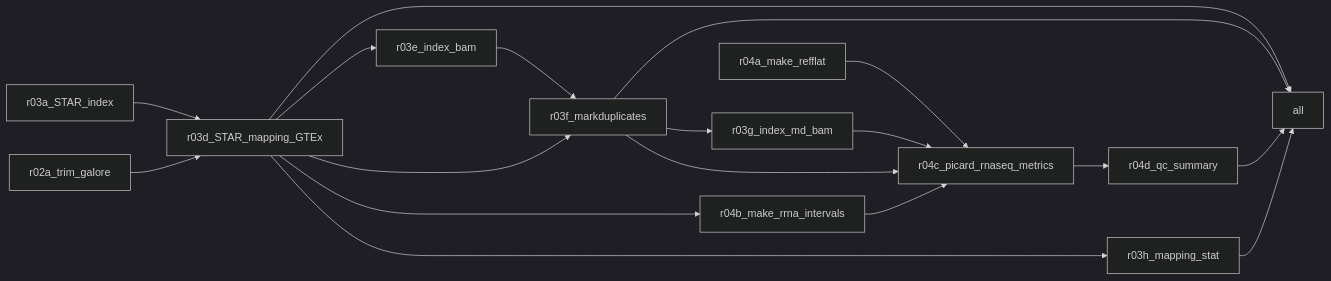
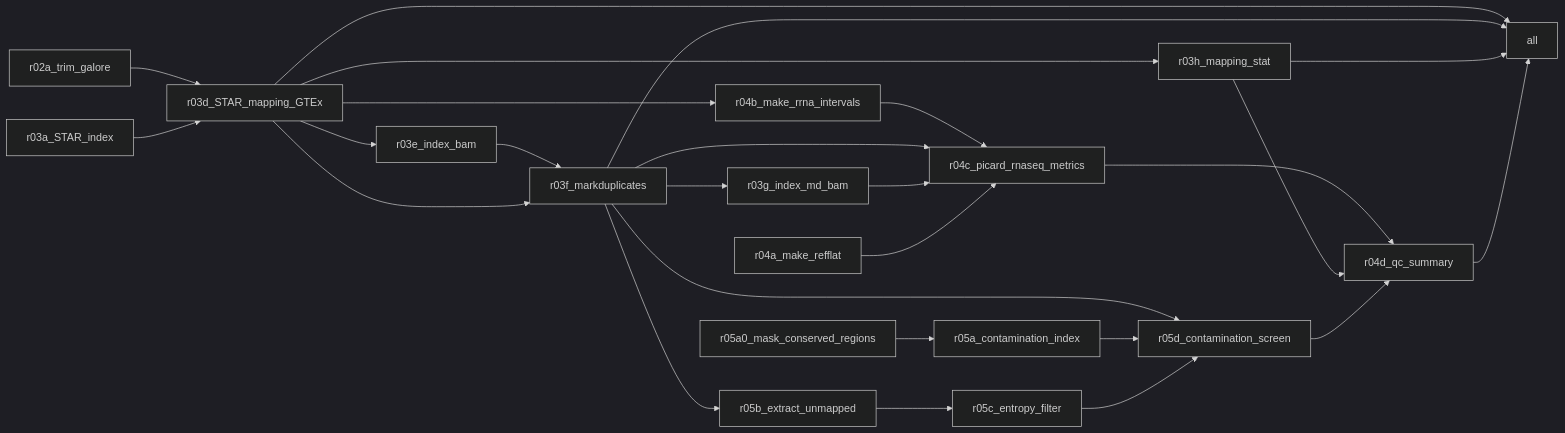
Before and after one commit to nikolayquadrat/lpb-ex-ome-presession: the second of 2 diagrams in README.md, drawn with Mermaid (dark theme). The commit also changed other lines of this file, not shown here.

````diff
--- a/README.md
+++ b/README.md
@@ -203,32 +203,45 @@
 ```mermaid
 flowchart LR
 	id0[all]
 	id1[r03f_markduplicates]
 	id2[r03d_STAR_mapping_GTEx]
 	id3[r02a_trim_galore]
 	id4[r03a_STAR_index]
 	id5[r03e_index_bam]
 	id6[r03h_mapping_stat]
 	id7[r04d_qc_summary]
 	id8[r04c_picard_rnaseq_metrics]
 	id9[r03g_index_md_bam]
 	id10[r04a_make_refflat]
 	id11[r04b_make_rrna_intervals]
+	id12[r05d_contamination_screen]
+	id13[r05c_entropy_filter]
+	id14[r05b_extract_unmapped]
+	id15[r05a_contamination_index]
+	id16[r05a0_mask_conserved_regions]
 	id2 --> id0
 	id1 --> id0
+	id6 --> id0
 	id7 --> id0
-	id6 --> id0
 	id5 --> id1
 	id2 --> id1
+	id3 --> id2
 	id4 --> id2
-	id3 --> id2
 	id2 --> id5
 	id2 --> id6
 	id8 --> id7
+	id6 --> id7
+	id12 --> id7
+	id11 --> id8
+	id1 --> id8
+	id9 --> id8
 	id10 --> id8
-	id9 --> id8
-	id1 --> id8
-	id11 --> id8
 	id1 --> id9
 	id2 --> id11
+	id1 --> id12
+	id15 --> id12
+	id13 --> id12
+	id14 --> id13
+	id1 --> id14
+	id16 --> id15
 ```
````
